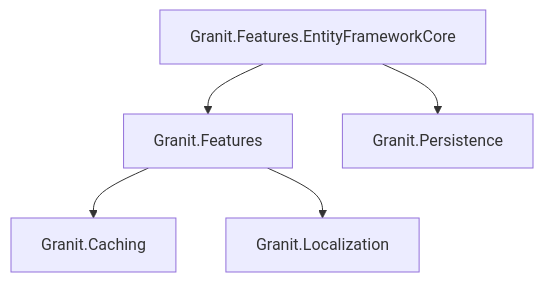
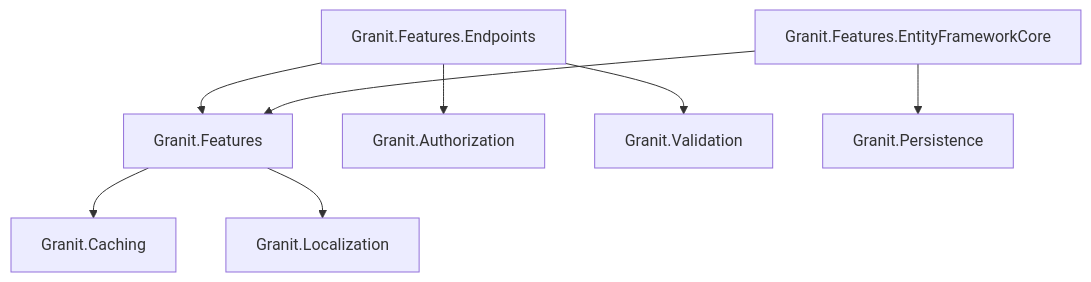
The diagram in docs-site/src/content/docs/dotnet/infrastructure/features.mdx (granit-fx/granit-dotnet), drawn with Mermaid before and after one commit. The commit also changed other lines of this file and 24 other files, not shown here.

First line of the commit message:
feat(features): add Granit.Features.Endpoints package (#335)

````diff
--- a/docs-site/src/content/docs/dotnet/infrastructure/features.mdx
+++ b/docs-site/src/content/docs/dotnet/infrastructure/features.mdx
@@ -30,7 +32,10 @@
 ```mermaid
 graph TD
     F[Granit.Features] --> CA[Granit.Caching]
     F --> L[Granit.Localization]
+    FEP[Granit.Features.Endpoints] --> F
+    FEP --> A[Granit.Authorization]
+    FEP --> V[Granit.Validation]
     FEF[Granit.Features.EntityFrameworkCore] --> F
     FEF --> P[Granit.Persistence]
 ```
````
